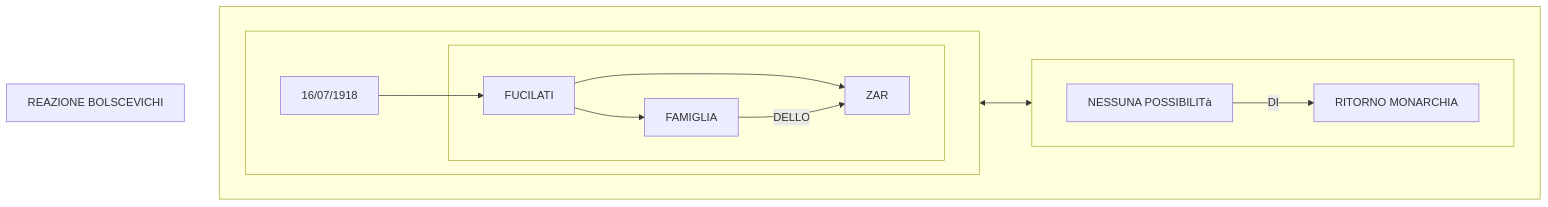
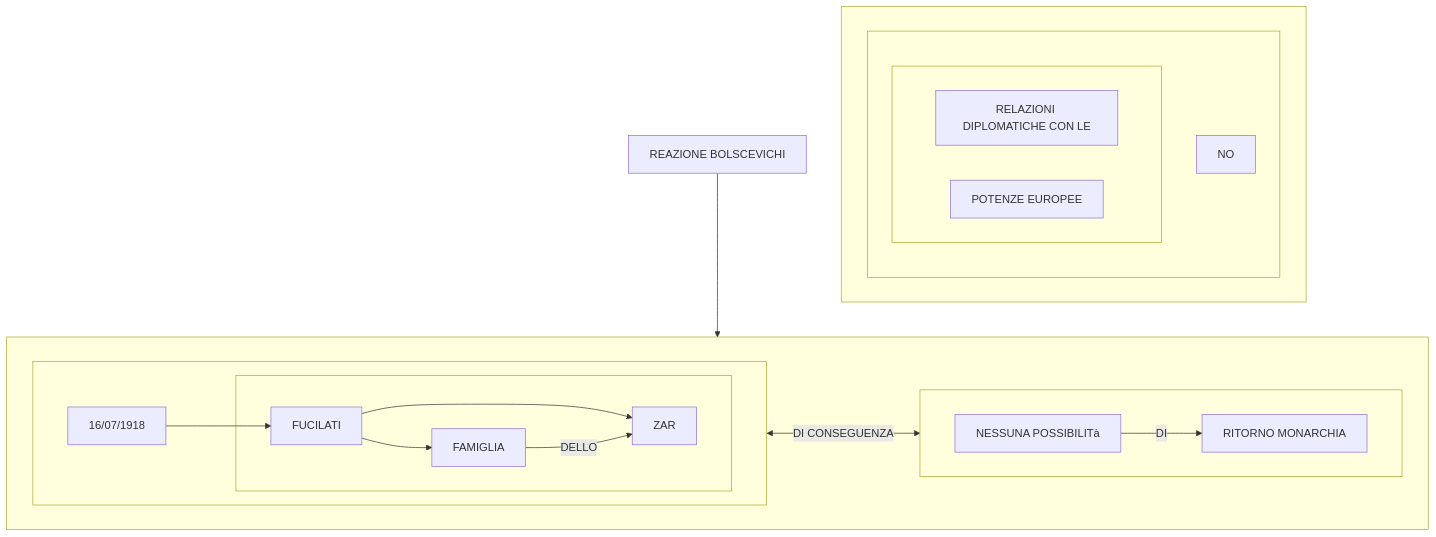
The eighth of 8 diagrams in stalinismo.md (Laaouatni/ricerca-storia-MermaidJS), drawn with Mermaid before and after one commit.

Commit message:
Enhance flowchart in stalinismo.md with additional subgraphs and improved connections for better clarity

````diff
--- a/stalinismo.md
+++ b/stalinismo.md
@@ -346,23 +346,33 @@
 ```mermaid
 flowchart TB
     0[REAZIONE BOLSCEVICHI]
     subgraph 13[" "]
         subgraph 1[" "]
             10[16/07/1918]
             subgraph 11[" "]
                 110[FUCILATI]
                 1100[ZAR]
                 1101[FAMIGLIA]
                 110 --> 1100 & 1101
                 1101 -->|DELLO| 1100
             end
             10 --> 110
         end
         subgraph 12[" "]
             120[NESSUNA POSSIBILITà]
             121[RITORNO MONARCHIA]
             120 --> |DI| 121
         end
-        1 <--> 12 
+        1 <-->|DI CONSEGUENZA| 12 
     end
+    subgraph 2[" "]
+        subgraph 20[" "]
+            200[NO]
+            subgraph 21[" "]
+                210[RELAZIONI DIPLOMATICHE CON LE]
+                211[POTENZE EUROPEE]
+            end
+        end
+    end
+    0 --> 13
 ```
````
